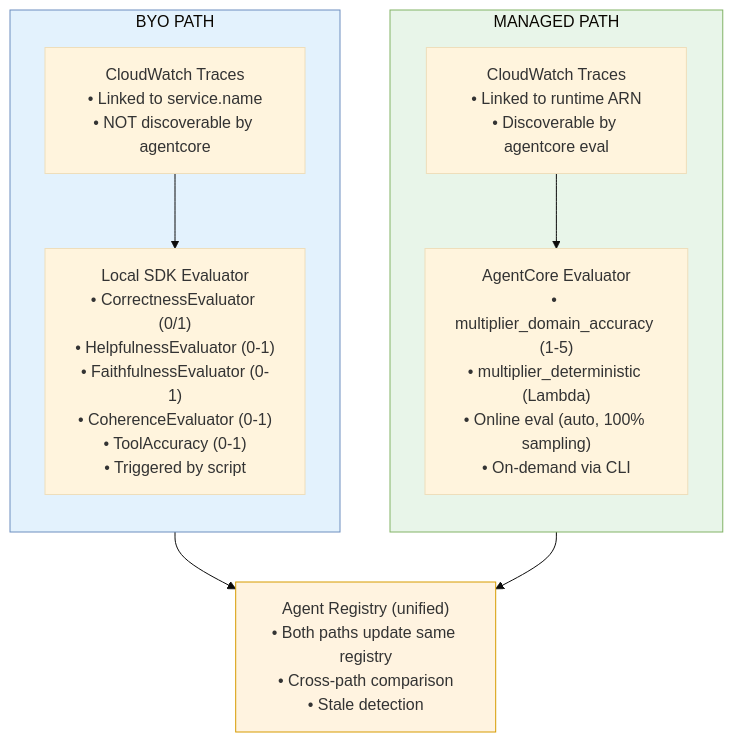
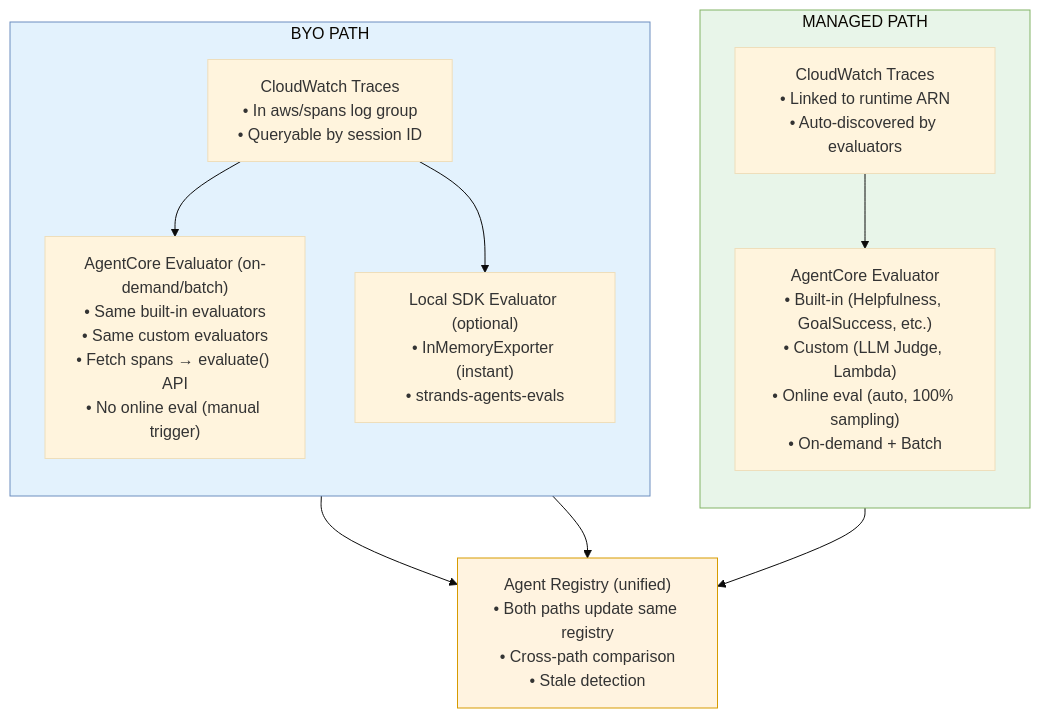
Before and after one commit to kangks/aws_agent_registry_edd: the seventh of 7 diagrams in edd-poc/EDD_architecture.md, drawn with Mermaid (base theme). The commit also changed other lines of this file and 4 other files, not shown here.

````diff
--- a/edd-poc/EDD_architecture.md
+++ b/edd-poc/EDD_architecture.md
@@ -758,23 +930,26 @@
 ```mermaid
 graph TB
     subgraph Managed["MANAGED PATH"]
         direction TB
-        M_Trace["CloudWatch Traces<br/>• Linked to runtime ARN<br/>• Discoverable by agentcore eval"]
-        M_Eval["AgentCore Evaluator<br/>• multiplier_domain_accuracy (1-5)<br/>• multiplier_deterministic (Lambda)<br/>• Online eval (auto, 100% sampling)<br/>• On-demand via CLI"]
+        M_Trace["CloudWatch Traces<br/>• Linked to runtime ARN<br/>• Auto-discovered by evaluators"]
+        M_Eval["AgentCore Evaluator<br/>• Built-in (Helpfulness, GoalSuccess, etc.)<br/>• Custom (LLM Judge, Lambda)<br/>• Online eval (auto, 100% sampling)<br/>• On-demand + Batch"]
         M_Trace --> M_Eval
     end
 
     subgraph BYO["BYO PATH"]
         direction TB
-        B_Trace["CloudWatch Traces<br/>• Linked to service.name<br/>• NOT discoverable by agentcore"]
-        B_Eval["Local SDK Evaluator<br/>• CorrectnessEvaluator (0/1)<br/>• HelpfulnessEvaluator (0-1)<br/>• FaithfulnessEvaluator (0-1)<br/>• CoherenceEvaluator (0-1)<br/>• ToolAccuracy (0-1)<br/>• Triggered by script"]
+        B_Trace["CloudWatch Traces<br/>• In aws/spans log group<br/>• Queryable by session ID"]
+        B_Eval["AgentCore Evaluator (on-demand/batch)<br/>• Same built-in evaluators<br/>• Same custom evaluators<br/>• Fetch spans → evaluate() API<br/>• No online eval (manual trigger)"]
+        B_SDK["Local SDK Evaluator (optional)<br/>• InMemoryExporter (instant)<br/>• strands-agents-evals"]
         B_Trace --> B_Eval
+        B_Trace --> B_SDK
     end
 
     M_Eval --> Registry["Agent Registry (unified)<br/>• Both paths update same registry<br/>• Cross-path comparison<br/>• Stale detection"]
     B_Eval --> Registry
+    B_SDK --> Registry
 
     style Managed fill:#E8F5E9,stroke:#82b366
     style BYO fill:#E3F2FD,stroke:#6c8ebf
     style Registry fill:#FFF3E0,stroke:#d79b00
 ```
````
